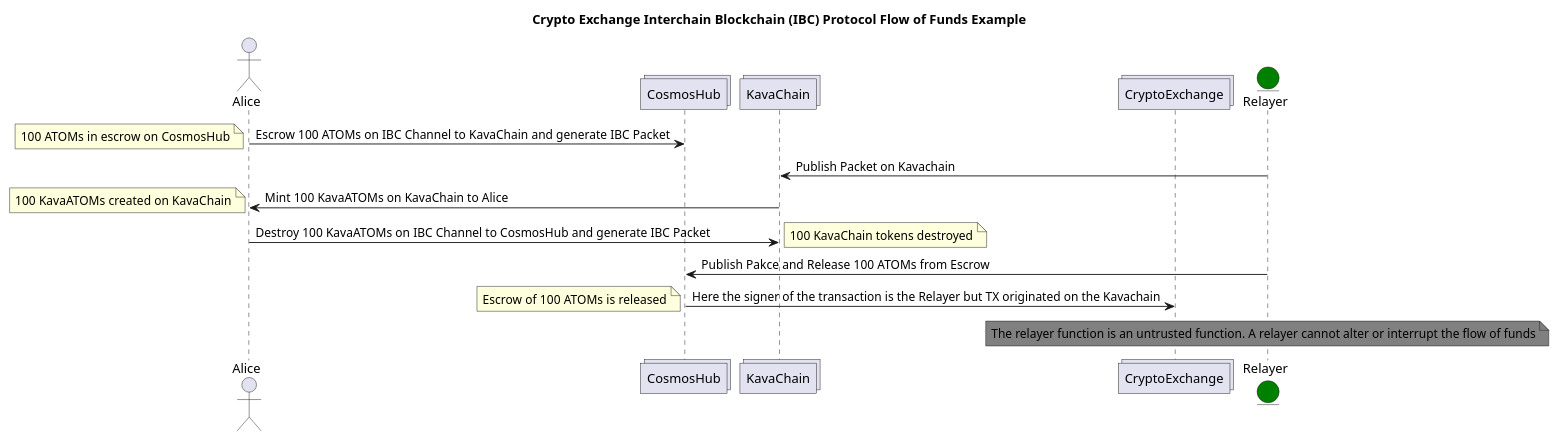
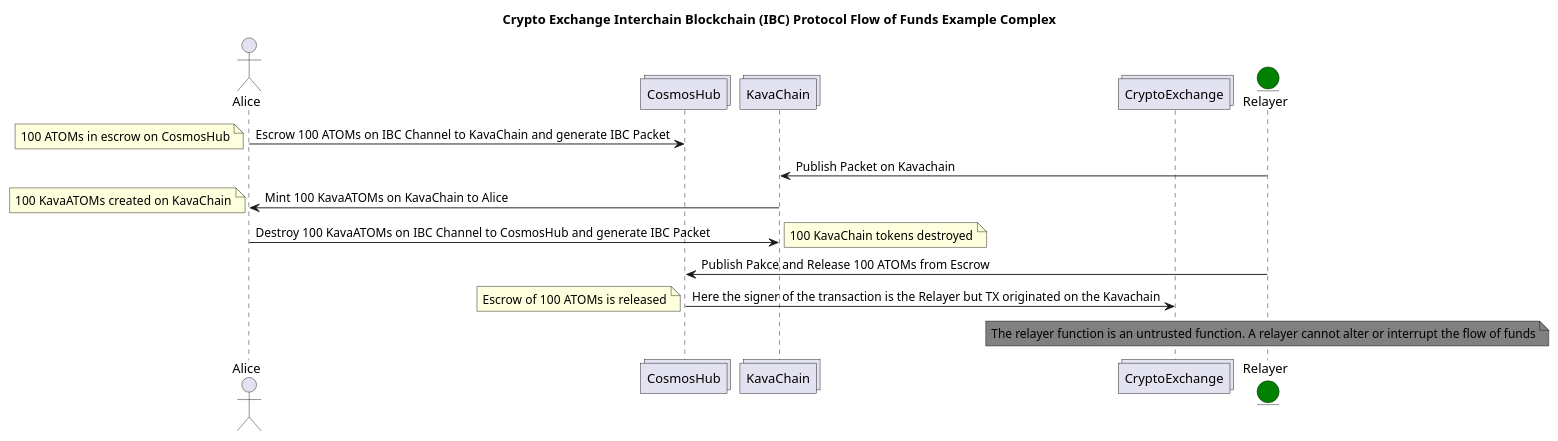
One commit to cosmos/stargate-launch changed the diagram in exchange_ibc_flow_more_complex_level_0.puml. Above: the diagram before and after it, drawn with PlantUML. The commit also changed 3 other files, not shown here.

Commit message:
Update flow of funds diagrams

```diff
--- a/exchange_ibc_flow_more_complex_level_0.puml
+++ b/exchange_ibc_flow_more_complex_level_0.puml
@@ -1,21 +1,21 @@
 @startuml
-title Crypto Exchange Interchain Blockchain (IBC) Protocol Flow of Funds Example
+title Crypto Exchange Interchain Blockchain (IBC) Protocol Flow of Funds Example Complex
 actor   Alice
 Collections CosmosHub
 Collections KavaChain
 Collections CryptoExchange
 entity Relayer #Green
 
 Alice -> CosmosHub : Escrow 100 ATOMs on IBC Channel to KavaChain and generate IBC Packet
 note left: 100 ATOMs in escrow on CosmosHub
 Relayer -> KavaChain : Publish Packet on Kavachain
 KavaChain -> Alice : Mint 100 KavaATOMs on KavaChain to Alice
 note left: 100 KavaATOMs created on KavaChain
 Alice -> KavaChain : Destroy 100 KavaATOMs on IBC Channel to CosmosHub and generate IBC Packet
 note right: 100 KavaChain tokens destroyed
 Relayer -> CosmosHub: Publish Pakce and Release 100 ATOMs from Escrow
 CosmosHub -> CryptoExchange: Here the signer of the transaction is the Relayer but TX originated on the Kavachain
 note left: Escrow of 100 ATOMs is released
 note over Relayer #grey: The relayer function is an untrusted function. A relayer cannot alter or interrupt the flow of funds
 
 @enduml
```
